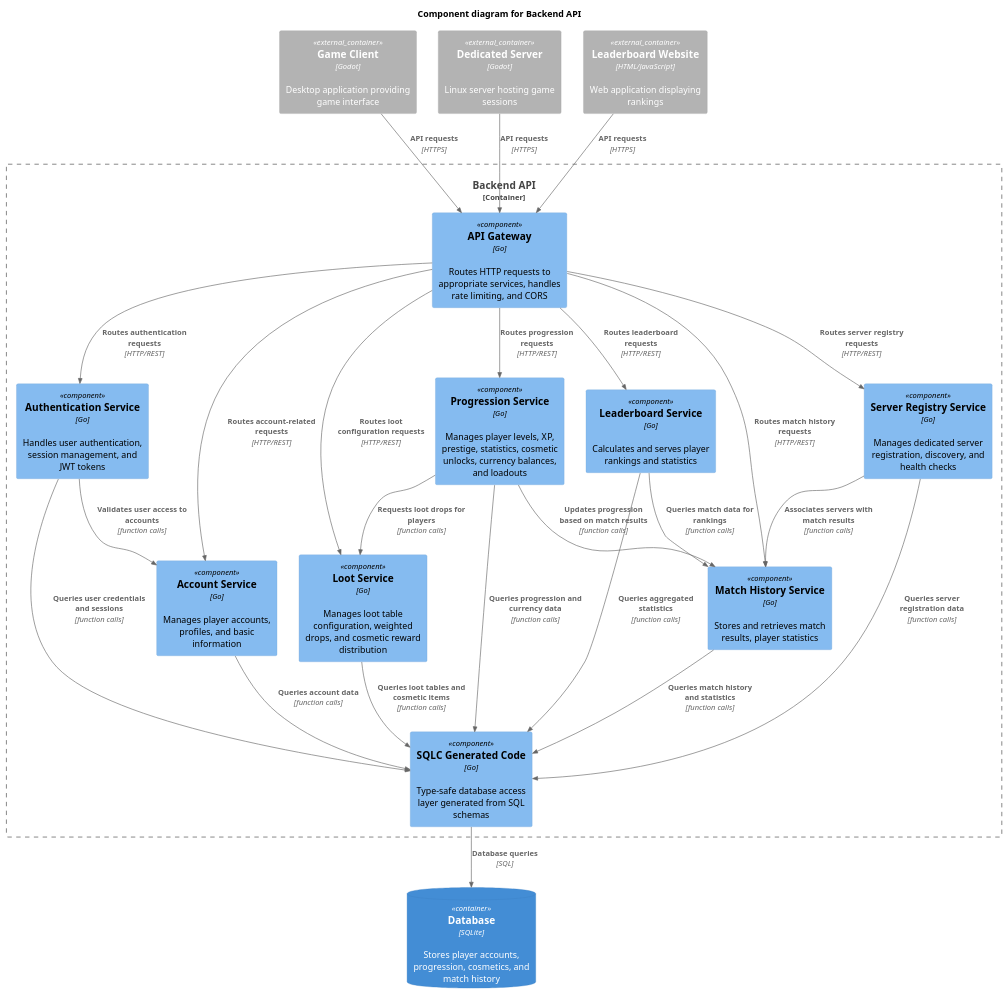
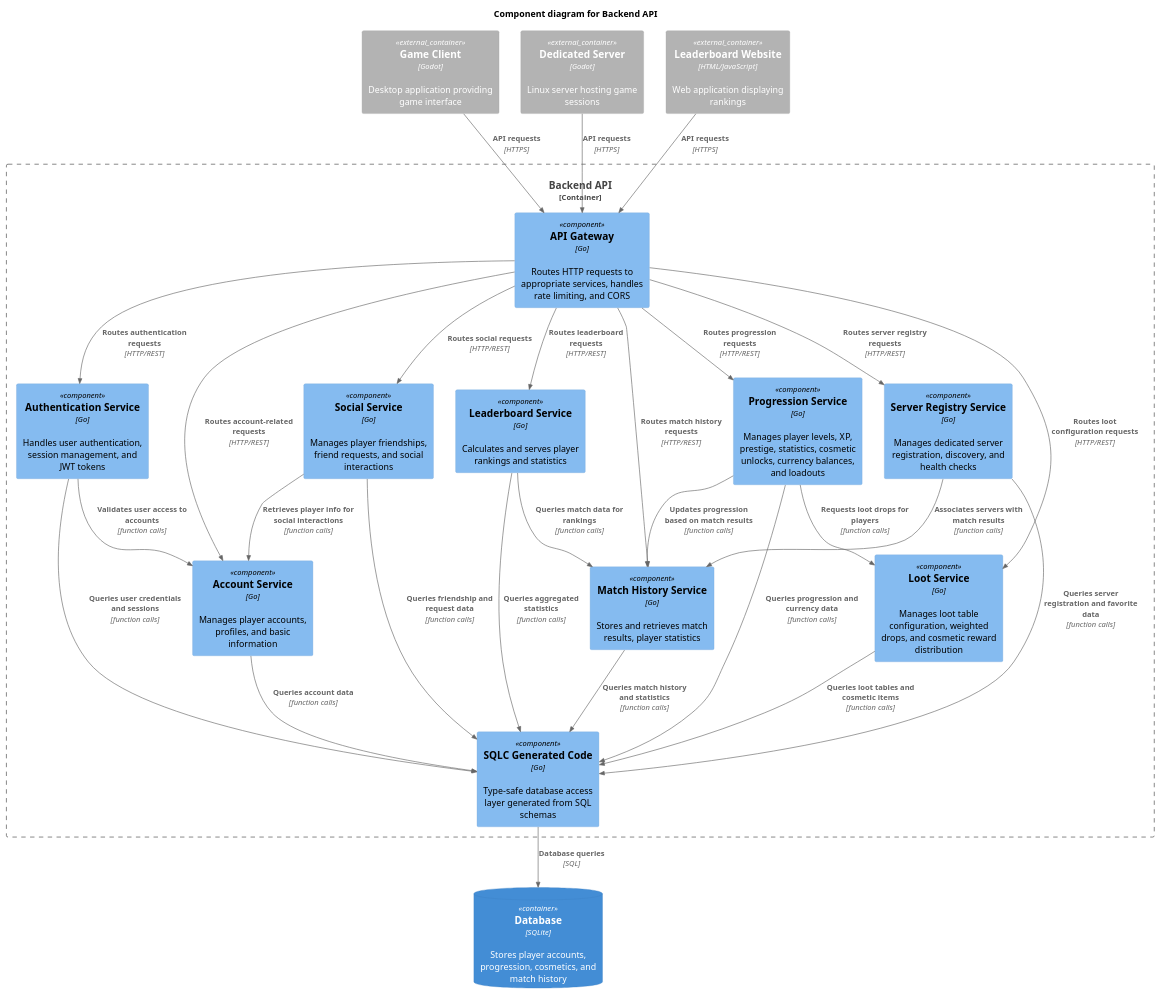
One commit to rodd-oss/ai-zombie-defense changed the diagram in docs/c4/containers/backend-api.puml. Above: the diagram before and after it, drawn with PlantUML. The commit also changed 7 other files, not shown here.

```diff
--- a/docs/c4/containers/backend-api.puml
+++ b/docs/c4/containers/backend-api.puml
@@ -1,70 +1,74 @@
 @startuml
 !include https://raw.githubusercontent.com/plantuml-stdlib/C4-PlantUML/master/C4_Component.puml
 
 title Component diagram for Backend API
 
 ' External containers (from container diagram)
 Container_Ext(game_client, "Game Client", "Godot", "Desktop application providing game interface")
 Container_Ext(dedicated_server, "Dedicated Server", "Godot", "Linux server hosting game sessions")
 Container_Ext(leaderboard_website, "Leaderboard Website", "HTML/JavaScript", "Web application displaying rankings")
 ContainerDb(database, "Database", "SQLite", "Stores player accounts, progression, cosmetics, and match history")
 
 ' Backend API container boundary with internal components
 Container_Boundary(backend_api, "Backend API") {
   Component(auth_service, "Authentication Service", "Go", "Handles user authentication, session management, and JWT tokens")
   Component(account_service, "Account Service", "Go", "Manages player accounts, profiles, and basic information")
   Component(progression_service, "Progression Service", "Go", "Manages player levels, XP, prestige, statistics, cosmetic unlocks, currency balances, and loadouts")
   Component(match_history_service, "Match History Service", "Go", "Stores and retrieves match results, player statistics")
   Component(server_registry_service, "Server Registry Service", "Go", "Manages dedicated server registration, discovery, and health checks")
   Component(leaderboard_service, "Leaderboard Service", "Go", "Calculates and serves player rankings and statistics")
+  Component(social_service, "Social Service", "Go", "Manages player friendships, friend requests, and social interactions")
   Component(loot_service, "Loot Service", "Go", "Manages loot table configuration, weighted drops, and cosmetic reward distribution")
   Component(api_gateway, "API Gateway", "Go", "Routes HTTP requests to appropriate services, handles rate limiting, and CORS")
   Component(sqlc_generated, "SQLC Generated Code", "Go", "Type-safe database access layer generated from SQL schemas")
 }
 
 ' Internal service relationships
 ' API Gateway routes requests to appropriate services
 Rel(api_gateway, auth_service, "Routes authentication requests", "HTTP/REST")
 Rel(api_gateway, account_service, "Routes account-related requests", "HTTP/REST")
+Rel(api_gateway, social_service, "Routes social requests", "HTTP/REST")
 Rel(api_gateway, progression_service, "Routes progression requests", "HTTP/REST")
 Rel(api_gateway, match_history_service, "Routes match history requests", "HTTP/REST")
 Rel(api_gateway, server_registry_service, "Routes server registry requests", "HTTP/REST")
 Rel(api_gateway, leaderboard_service, "Routes leaderboard requests", "HTTP/REST")
 Rel(api_gateway, loot_service, "Routes loot configuration requests", "HTTP/REST")
 
 ' Service interactions
 Rel(auth_service, account_service, "Validates user access to accounts", "function calls")
+Rel(social_service, account_service, "Retrieves player info for social interactions", "function calls")
 Rel(progression_service, match_history_service, "Updates progression based on match results", "function calls")
 Rel(leaderboard_service, match_history_service, "Queries match data for rankings", "function calls")
 Rel(server_registry_service, match_history_service, "Associates servers with match results", "function calls")
 Rel(progression_service, loot_service, "Requests loot drops for players", "function calls")
 
 ' Database access through SQLC generated layer
 Rel(auth_service, sqlc_generated, "Queries user credentials and sessions", "function calls")
 Rel(account_service, sqlc_generated, "Queries account data", "function calls")
+Rel(social_service, sqlc_generated, "Queries friendship and request data", "function calls")
 Rel(progression_service, sqlc_generated, "Queries progression and currency data", "function calls")
 Rel(match_history_service, sqlc_generated, "Queries match history and statistics", "function calls")
-Rel(server_registry_service, sqlc_generated, "Queries server registration data", "function calls")
+Rel(server_registry_service, sqlc_generated, "Queries server registration and favorite data", "function calls")
 Rel(leaderboard_service, sqlc_generated, "Queries aggregated statistics", "function calls")
 Rel(loot_service, sqlc_generated, "Queries loot tables and cosmetic items", "function calls")
 Rel(sqlc_generated, database, "Database queries", "SQL")
 
 ' External connections
 Rel(game_client, api_gateway, "API requests", "HTTPS")
 Rel(dedicated_server, api_gateway, "API requests", "HTTPS")
 Rel(leaderboard_website, api_gateway, "API requests", "HTTPS")
 
 ' Specific API endpoints
 ' Game Client uses: authentication, progression, cosmetics, server list, leaderboards
 ' Dedicated Server uses: registration, match result submission, health reporting, loot table configuration
 ' Leaderboard Website uses: leaderboard data queries
 ' Admin tools: loot table management, cosmetic catalog management
 
 ' Diagram references
 ' See context diagram: docs/c4/context.puml
 ' See container diagram: docs/c4/container.puml
 ' See Game Client components: docs/c4/containers/game-client.puml
 ' See Dedicated Server components: docs/c4/containers/dedicated-server.puml
 ' (This is a component diagram for the "Backend API" container)
 
 @enduml
```
